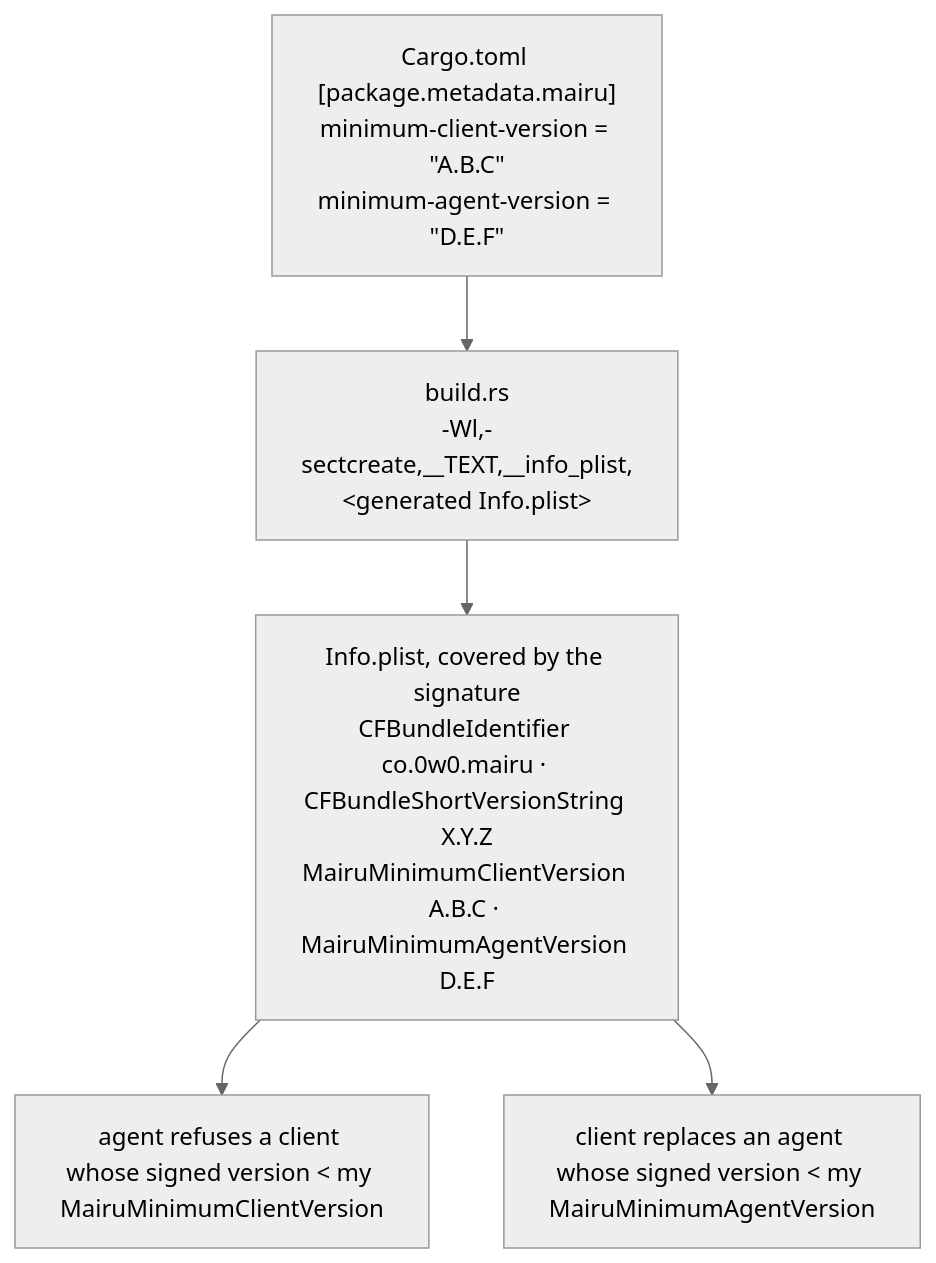
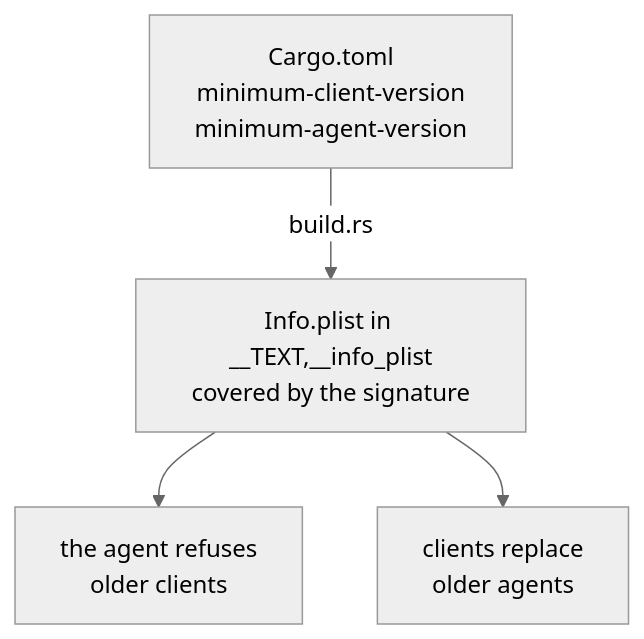
One commit to sorah/mairu changed the second of 2 diagrams in docs/specs/017-macos-peer-verification.md. Above: the diagram before and after it, drawn with Mermaid (neutral theme). The commit also changed other lines of this file and 17 other files, not shown here.

First line of the commit message:
docs/specs: rework diagrams and helper locations

````diff
--- a/docs/specs/017-macos-peer-verification.md
+++ b/docs/specs/017-macos-peer-verification.md
@@ -155,8 +153,6 @@
 ```mermaid
 flowchart TB
-  CT["Cargo.toml [package.metadata.mairu]<br/>minimum-client-version = #quot;A.B.C#quot;<br/>minimum-agent-version = #quot;D.E.F#quot;"]
-  CT --> BR["build.rs<br/>-Wl,-sectcreate,__TEXT,__info_plist,#lt;generated Info.plist#gt;"]
-  BR --> IP["Info.plist, covered by the signature<br/>CFBundleIdentifier co.0w0.mairu · CFBundleShortVersionString X.Y.Z<br/>MairuMinimumClientVersion A.B.C · MairuMinimumAgentVersion D.E.F"]
-  IP --> AG["agent refuses a client whose signed version #lt; my MairuMinimumClientVersion"]
-  IP --> CL["client replaces an agent whose signed version #lt; my MairuMinimumAgentVersion"]
+  CT["Cargo.toml<br/>minimum-client-version<br/>minimum-agent-version"] -- "build.rs" --> IP["Info.plist in __TEXT,__info_plist<br/>covered by the signature"]
+  IP --> AG["the agent refuses<br/>older clients"]
+  IP --> CL["clients replace<br/>older agents"]
 ```
````
